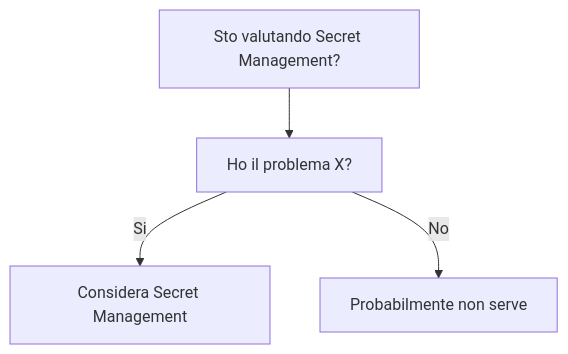
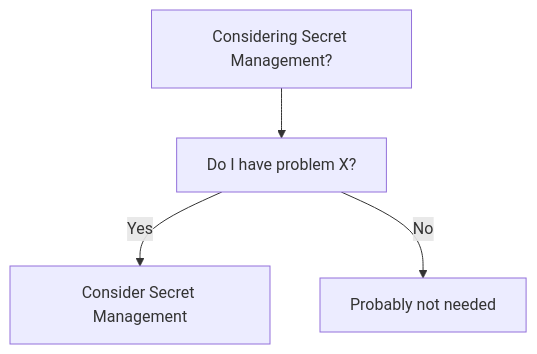
One commit to HxT9/Software-Dev-Wiki changed the diagram in dev-wiki/08_Security/Secret_Management/When_To_Use.md. Above: the diagram before and after it, drawn with Mermaid. The commit also changed other lines of this file and 3444 other files, not shown here.

````diff
--- a/dev-wiki/08_Security/Secret_Management/When_To_Use.md
+++ b/dev-wiki/08_Security/Secret_Management/When_To_Use.md
@@ -19,6 +19,6 @@
 ```mermaid
 flowchart TD
-  Q[Sto valutando Secret Management?] --> Q1[Ho il problema X?]
-  Q1 -->|Si| OK[Considera Secret Management]
-  Q1 -->|No| NO[Probabilmente non serve]
+  Q[Considering Secret Management?] --> Q1[Do I have problem X?]
+  Q1 -->|Yes| OK[Consider Secret Management]
+  Q1 -->|No| NO[Probably not needed]
 ```
````
